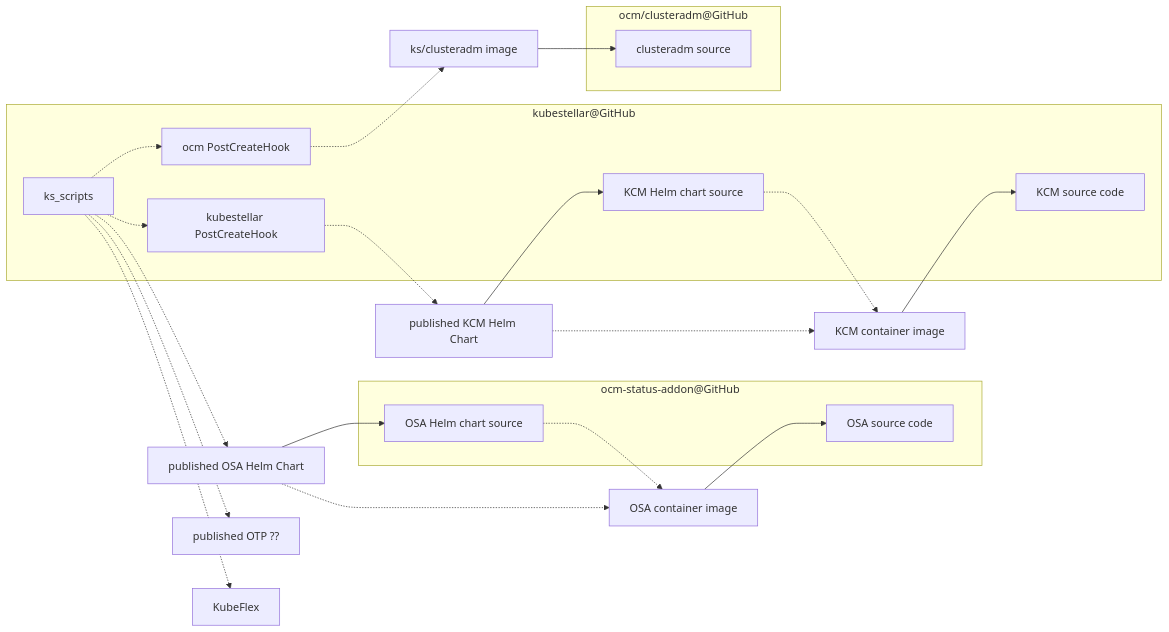
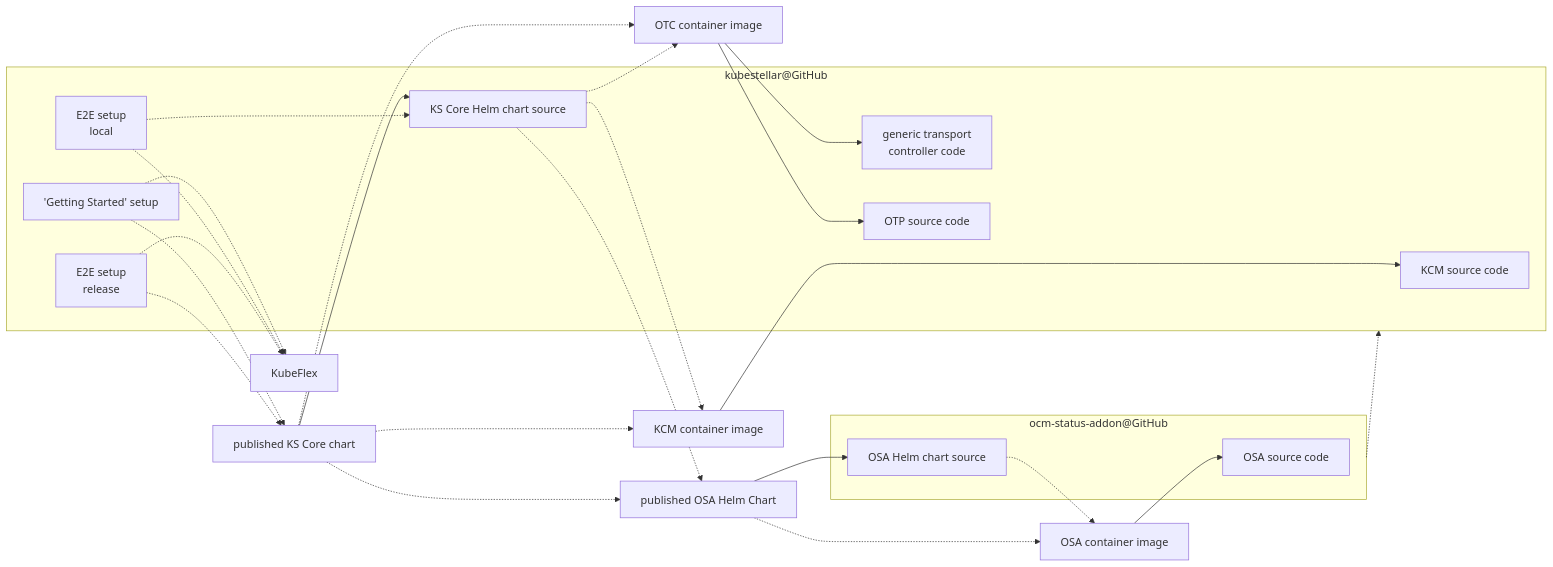
The fifth of 5 diagrams in docs/content/direct/packaging.md (kubestellar/docs), drawn with Mermaid before and after one commit. The commit also changed other lines of this file and 83 other files, not shown here.

````diff
--- a/docs/content/direct/packaging.md
+++ b/docs/content/direct/packaging.md
@@ -254,32 +302,41 @@
 ```mermaid
 flowchart LR
-    subgraph "ocm-status-addon@GitHub"
+    subgraph osa_repo["ocm-status-addon@GitHub"]
     osa_code[OSA source code]
     osa_hc_src[OSA Helm chart source]
     end
     osa_ctr_image[OSA container image] --> osa_code
     osa_hc_repo[published OSA Helm Chart] --> osa_hc_src
     osa_hc_src -.-> osa_ctr_image
     osa_hc_repo -.-> osa_ctr_image
-    subgraph cladm_repo["ocm/clusteradm@GitHub"]
-    cladm_src["clusteradm source"]
-    end
     subgraph ks_repo["kubestellar@GitHub"]
     kcm_code[KCM source code]
-    kcm_hc_src[KCM Helm chart source]
-    ks_pch[kubestellar PostCreateHook]
-    ocm_pch["ocm PostCreateHook"]
-    ks_scripts -.-> ocm_pch
-    ks_scripts -.-> ks_pch
+    gtc_code["generic transport
+controller code"]
+    otp_code[OTP source code]
+    ksc_hc_src[KS Core Helm chart source]
+    setup_ksc["'Getting Started' setup"]
+    e2e_local["E2E setup
+local"]
+    e2e_release["E2E setup
+release"]
     end
-    cladm_image["ks/clusteradm image"] --> cladm_src
-    ocm_pch -.-> cladm_image
+    osa_repo -.-> ks_repo
     kcm_ctr_image[KCM container image] --> kcm_code
-    kcm_hc_repo[published KCM Helm Chart] --> kcm_hc_src
-    kcm_hc_src -.-> kcm_ctr_image
-    kcm_hc_repo -.-> kcm_ctr_image
-    ks_pch  -.-> kcm_hc_repo
-    ks_scripts -.-> osa_hc_repo[published OSA Helm Chart]
-    ks_scripts -.-> otp_something["published OTP ??"]
-    ks_scripts -.-> KubeFlex
+    otc_ctr_image[OTC container image]
+    otc_ctr_image --> gtc_code
+    otc_ctr_image --> otp_code
+    ksc_hc_repo[published KS Core chart] --> ksc_hc_src
+    ksc_hc_src -.-> osa_hc_repo
+    ksc_hc_src -.-> kcm_ctr_image
+    ksc_hc_src -.-> otc_ctr_image
+    ksc_hc_repo -.-> osa_hc_repo
+    ksc_hc_repo -.-> kcm_ctr_image
+    ksc_hc_repo -.-> otc_ctr_image
+    setup_ksc -.-> ksc_hc_repo
+    setup_ksc -.-> KubeFlex
+    e2e_local -.-> ksc_hc_src
+    e2e_local -.-> KubeFlex
+    e2e_release -.-> ksc_hc_repo
+    e2e_release -.-> KubeFlex
 ```
````
